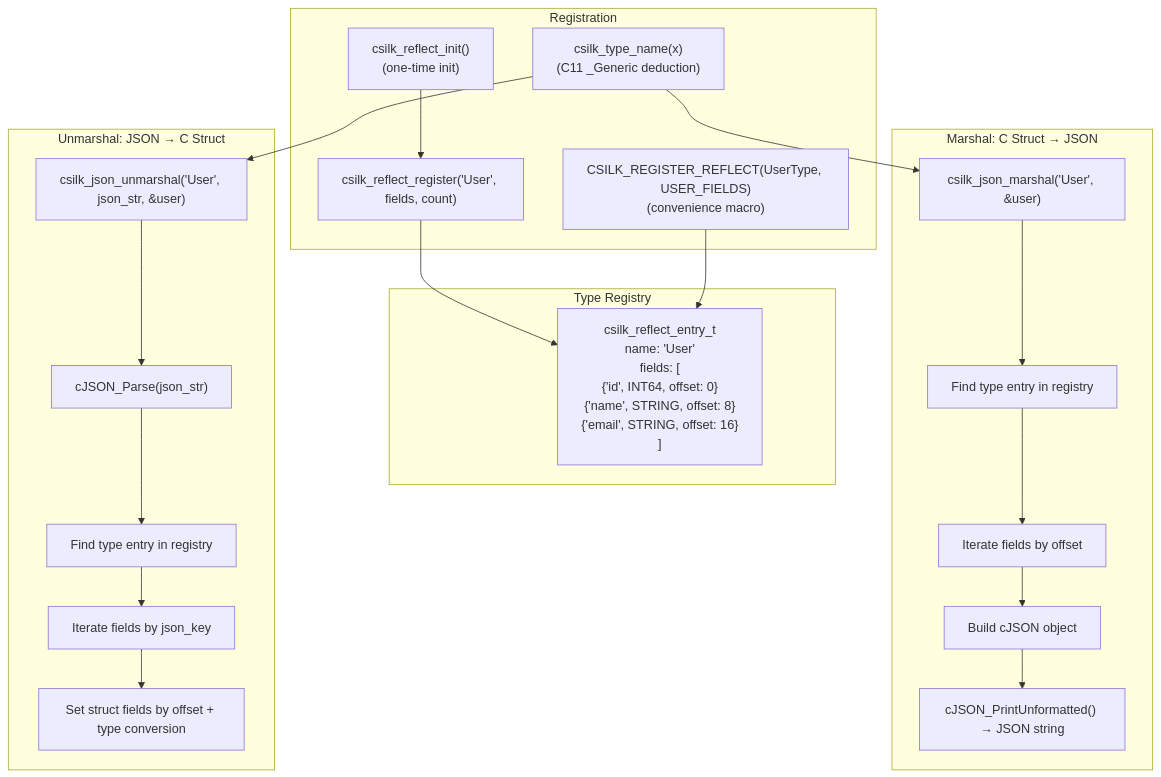
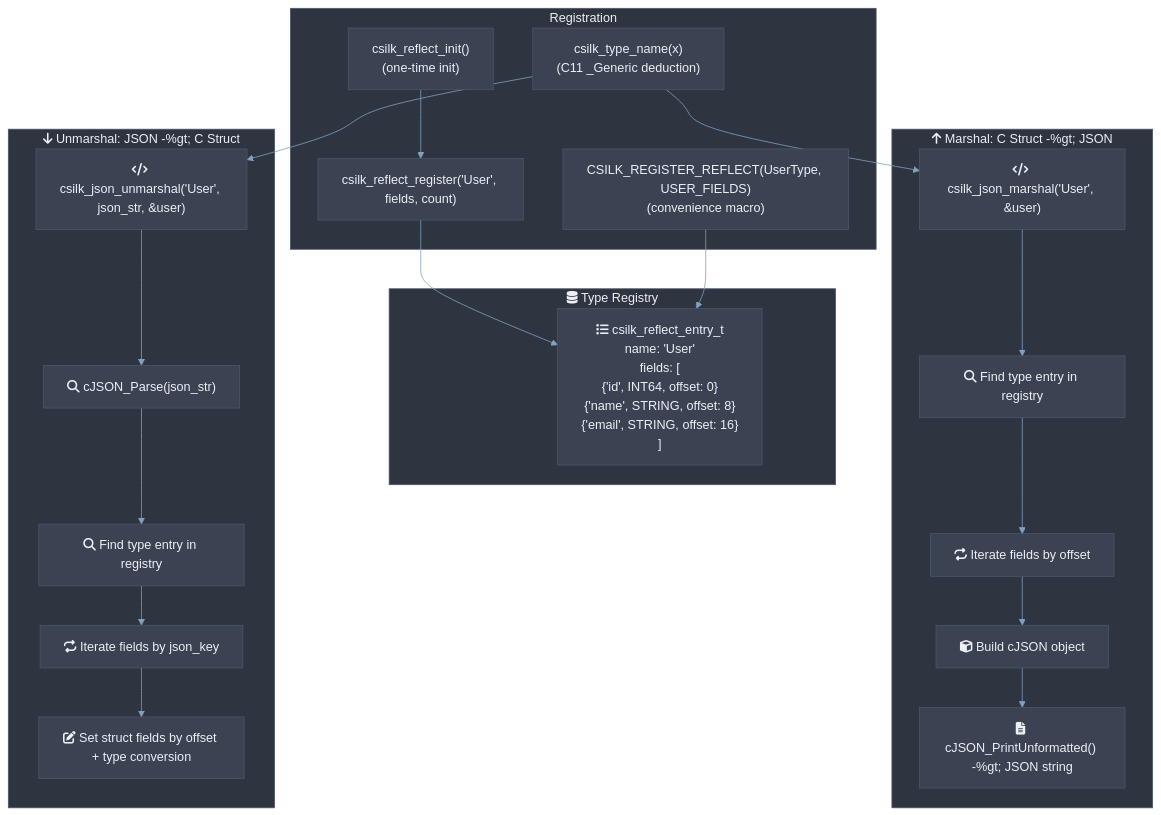
Before and after one commit to quintin-lee/csilk: the first of 4 diagrams in docs/module-design/reflection.md, drawn with Mermaid. The commit also changed other lines of this file and 30 other files, not shown here.

Commit message:
docs(docs): 📝 apply Nord Mermaid theme, RFC 2119 keywords, and quantified metrics to all docs

````diff
--- a/docs/module-design/reflection.md
+++ b/docs/module-design/reflection.md
@@ -7,35 +7,36 @@
 ```mermaid
+%%{init: {'theme': 'base', 'themeVariables': {'background': '#2E3440','primaryColor':'#81A1C1','primaryBorderColor':'#4C566A','primaryTextColor':'#ECEFF4','secondaryColor':'#3B4252','secondaryBorderColor':'#434C5E','secondaryTextColor':'#D8DEE9','lineColor':'#81A1C1','textColor':'#ECEFF4','mainBkg':'#3B4252','nodeBorder':'#4C566A','clusterBkg':'#2E3440','clusterBorder':'#4C566A','titleColor':'#ECEFF4','edgeLabelBackground':'#3B4252','nodeTextColor':'#ECEFF4'}, 'flowchart': {'htmlLabels': true, 'curve': 'basis'}}}%%
 flowchart TB
-    subgraph "Type Registry"
-        REG["csilk_reflect_entry_t\n  name: 'User'\n  fields: [\n    {'id', INT64, offset: 0}\n    {'name', STRING, offset: 8}\n    {'email', STRING, offset: 16}\n  ]"]
+    subgraph registry["fa:fa-database Type Registry"]
+        REG["fa:fa-list csilk_reflect_entry_t<br/>  name: 'User'<br/>  fields: [<br/>    {'id', INT64, offset: 0}<br/>    {'name', STRING, offset: 8}<br/>    {'email', STRING, offset: 16}<br/>  ]"]
     end
 
-    subgraph "Marshal: C Struct → JSON"
-        M1["csilk_json_marshal('User', &user)"]
-        M2["Find type entry in registry"]
-        M3["Iterate fields by offset"]
-        M4["Build cJSON object"]
-        M5["cJSON_PrintUnformatted() → JSON string"]
+    subgraph marshal["fa:fa-arrow-up Marshal: C Struct -%gt; JSON"]
+        M1["fa:fa-code csilk_json_marshal('User', &amp;user)"]
+        M2["fa:fa-search Find type entry in registry"]
+        M3["fa:fa-repeat Iterate fields by offset"]
+        M4["fa:fa-cube Build cJSON object"]
+        M5["fa:fa-file-text cJSON_PrintUnformatted() -%gt; JSON string"]
         M1 --> M2 --> M3 --> M4 --> M5
     end
 
-    subgraph "Unmarshal: JSON → C Struct"
-        U1["csilk_json_unmarshal('User', json_str, &user)"]
-        U2["cJSON_Parse(json_str)"]
-        U3["Find type entry in registry"]
-        U4["Iterate fields by json_key"]
-        U5["Set struct fields by offset + type conversion"]
+    subgraph unmarshal["fa:fa-arrow-down Unmarshal: JSON -%gt; C Struct"]
+        U1["fa:fa-code csilk_json_unmarshal('User', json_str, &amp;user)"]
+        U2["fa:fa-search cJSON_Parse(json_str)"]
+        U3["fa:fa-search Find type entry in registry"]
+        U4["fa:fa-repeat Iterate fields by json_key"]
+        U5["fa:fa-edit Set struct fields by offset + type conversion"]
         U1 --> U2 --> U3 --> U4 --> U5
     end
 
     subgraph "Registration"
         INIT["csilk_reflect_init()\n(one-time init)"]
         INIT --> REGISTER["csilk_reflect_register('User', fields, count)"]
         REGISTER --> REG
         MACRO["CSILK_REGISTER_REFLECT(UserType, USER_FIELDS)\n(convenience macro)"]
         MACRO --> REG
         AUTO["csilk_type_name(x)\n(C11 _Generic deduction)"]
         AUTO --> M1
         AUTO --> U1
     end
 ```
````
